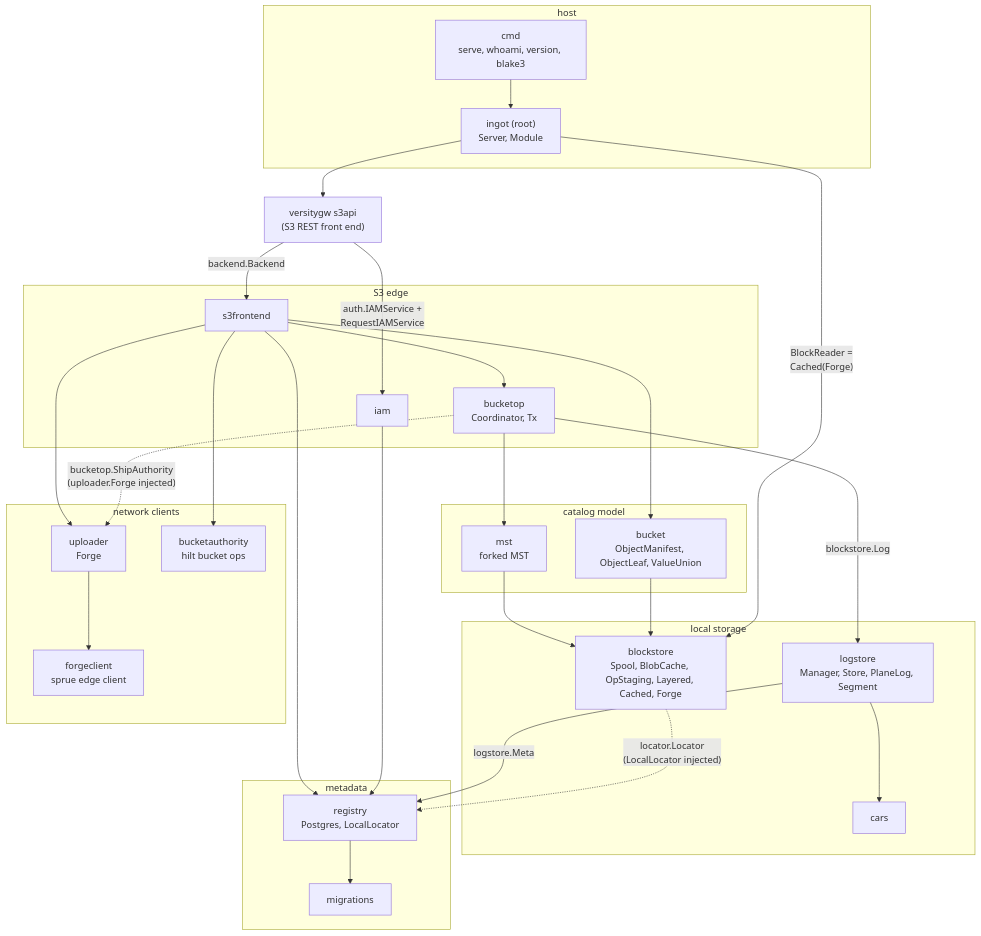
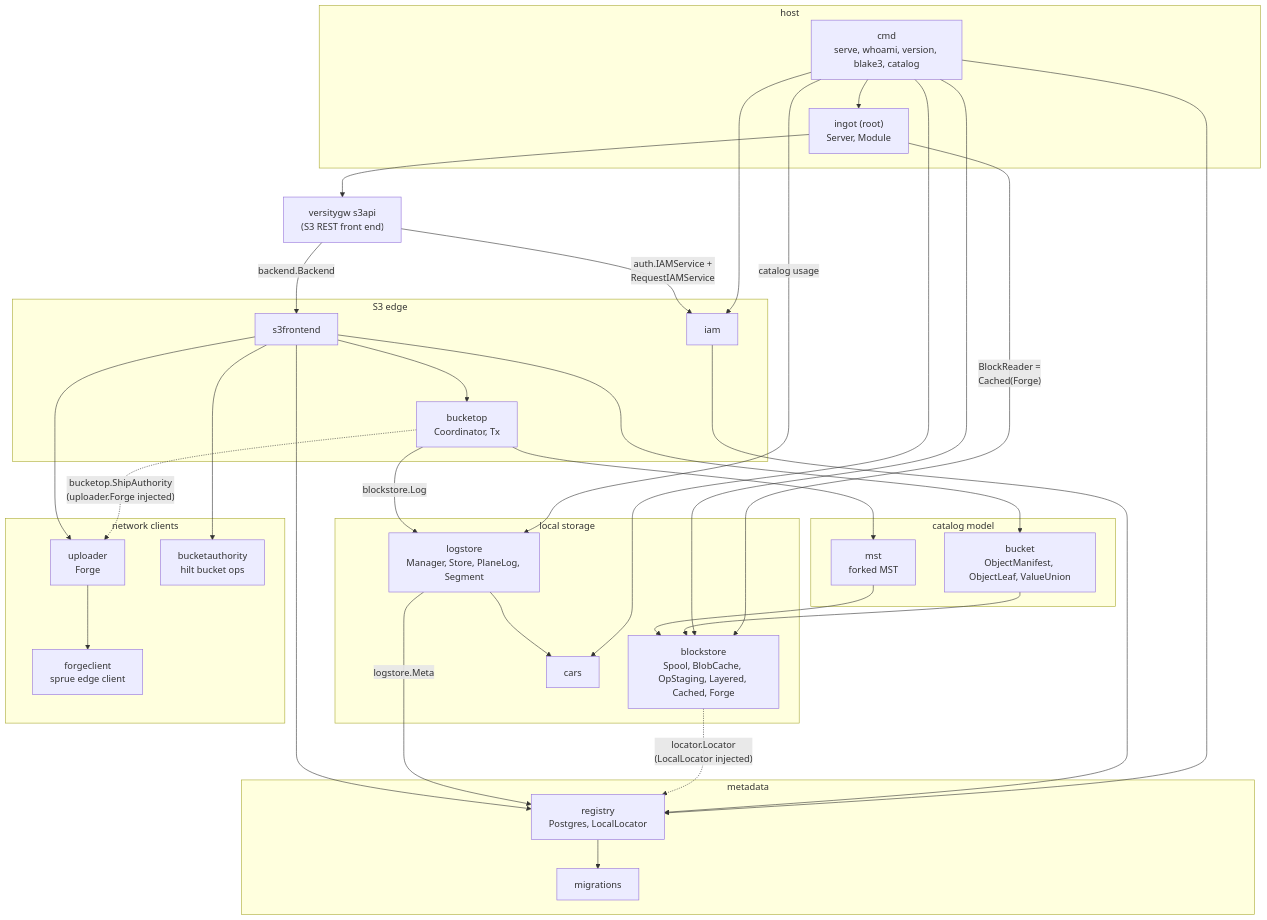
The second of 15 diagrams in docs/diagrams.md (fil-forge/ingot), drawn with Mermaid before and after one commit. The commit also changed other lines of this file and 20 other files, not shown here.

First line of the commit message:
Add `ingot catalog usage`: catalog bytes on Forge, dead and live (#316)

````diff
--- a/docs/diagrams.md
+++ b/docs/diagrams.md
@@ -93,59 +93,64 @@
 ```mermaid
 flowchart TB
     vgw["versitygw s3api<br/>(S3 REST front end)"]
 
     subgraph edge["S3 edge"]
         s3f["s3frontend"]
         iam["iam"]
         bop["bucketop<br/>Coordinator, Tx"]
     end
 
     subgraph model["catalog model"]
         bkt["bucket<br/>ObjectManifest, ObjectLeaf, ValueUnion"]
         mst["mst<br/>forked MST"]
     end
 
     subgraph store["local storage"]
         bs["blockstore<br/>Spool, BlobCache, OpStaging, Layered, Cached, Forge"]
         ls["logstore<br/>Manager, Store, PlaneLog, Segment"]
         cars["cars"]
     end
 
     subgraph meta["metadata"]
         reg["registry<br/>Postgres, LocalLocator"]
         mig["migrations"]
     end
 
     subgraph net["network clients"]
         up["uploader<br/>Forge"]
         fc["forgeclient<br/>sprue edge client"]
         ba["bucketauthority<br/>hilt bucket ops"]
     end
 
     subgraph host["host"]
         root["ingot (root)<br/>Server, Module"]
-        cmd["cmd<br/>serve, whoami, version, blake3"]
+        cmd["cmd<br/>serve, whoami, version, blake3, catalog"]
     end
 
     vgw -->|"backend.Backend"| s3f
     vgw -->|"auth.IAMService +<br/>RequestIAMService"| iam
     s3f --> bop
     s3f --> bkt
     s3f --> reg
     s3f --> up
     s3f --> ba
     bop -->|"blockstore.Log"| ls
     bop -.->|"bucketop.ShipAuthority<br/>(uploader.Forge injected)"| up
     bop --> mst
     mst --> bs
     bkt --> bs
     ls --> cars
     ls -->|"logstore.Meta"| reg
     bs -.->|"locator.Locator<br/>(LocalLocator injected)"| reg
     up --> fc
     iam --> reg
     reg --> mig
     cmd --> root
+    cmd -->|"catalog usage"| ls
+    cmd --> reg
+    cmd --> iam
+    cmd --> bs
+    cmd --> cars
     root --> vgw
     root -->|"BlockReader =<br/>Cached(Forge)"| bs
 ```
````
